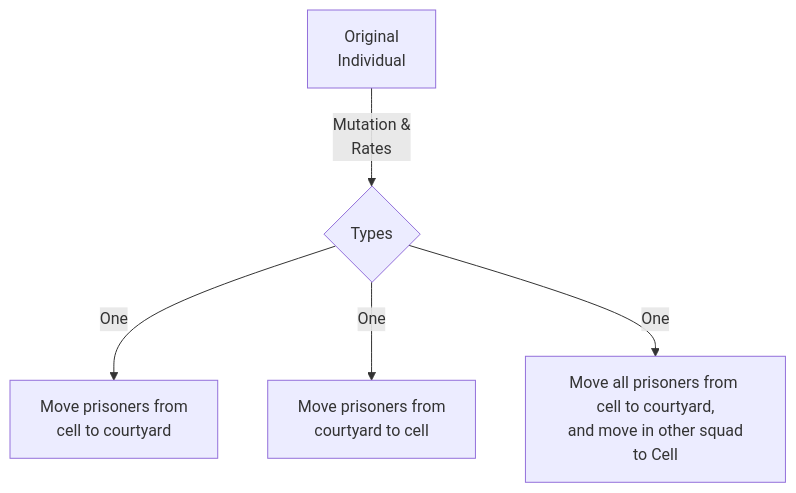
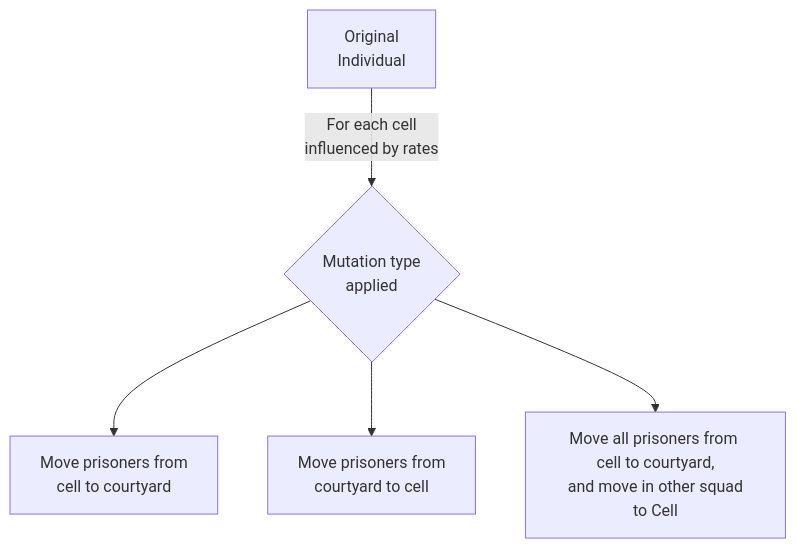
The first of 2 diagrams in content/posts/2023/10/genetic-algorithm/index.fr.md (Emilien-Foissotte/emilien-foissotte.github.io), drawn with Mermaid before and after one commit. The commit also changed other lines of this file and 1 other file, not shown here.

```diff
--- a/content/posts/2023/10/genetic-algorithm/index.fr.md
+++ b/content/posts/2023/10/genetic-algorithm/index.fr.md
@@ -597,9 +639,9 @@
 {{<mermaid>}}
 
 flowchart TD
-    S0[Original </br> Individual] -->|Mutation & </br> Rates| C{Types}
-    C -->|One| D[Move prisoners from </br> cell to courtyard]
-    C -->|One| E[Move prisoners from </br> courtyard to cell]
-    C -->|One| F[Move all prisoners from </br> cell to courtyard, </br> and move in other squad to Cell]
+    S0[Original </br> Individual] -->|For each cell </br> influenced by rates| C{Mutation type </br> applied }
+    C --> D[Move prisoners from </br> cell to courtyard]
+    C --> E[Move prisoners from </br> courtyard to cell]
+    C --> F[Move all prisoners from </br> cell to courtyard, </br> and move in other squad to Cell]
 
 {{</mermaid>}}
```
